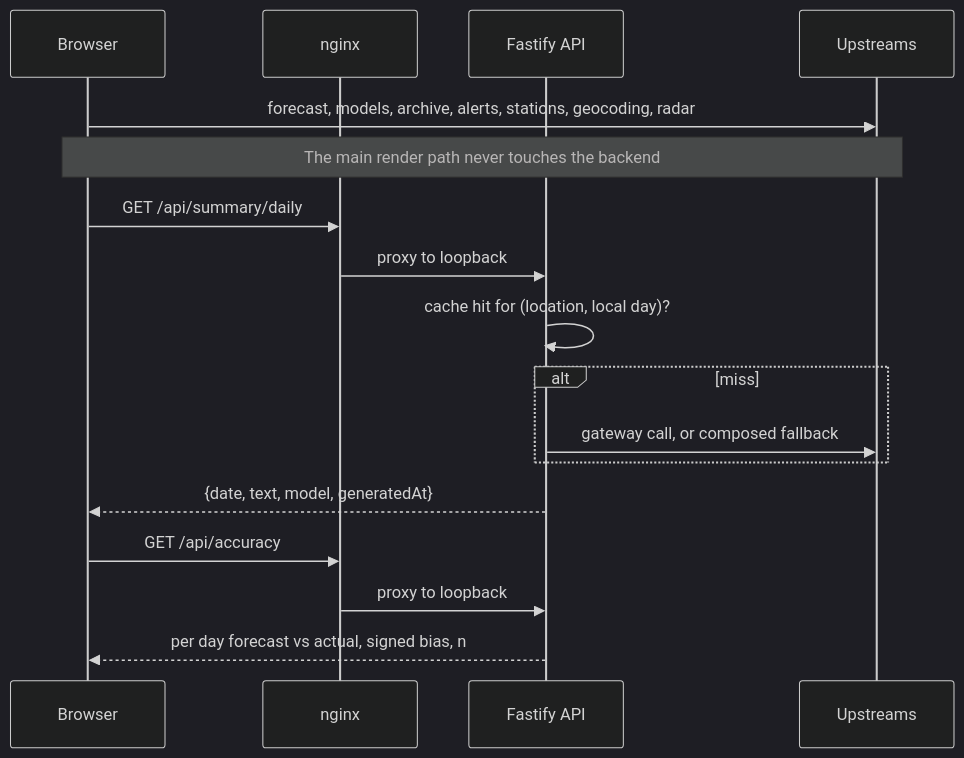
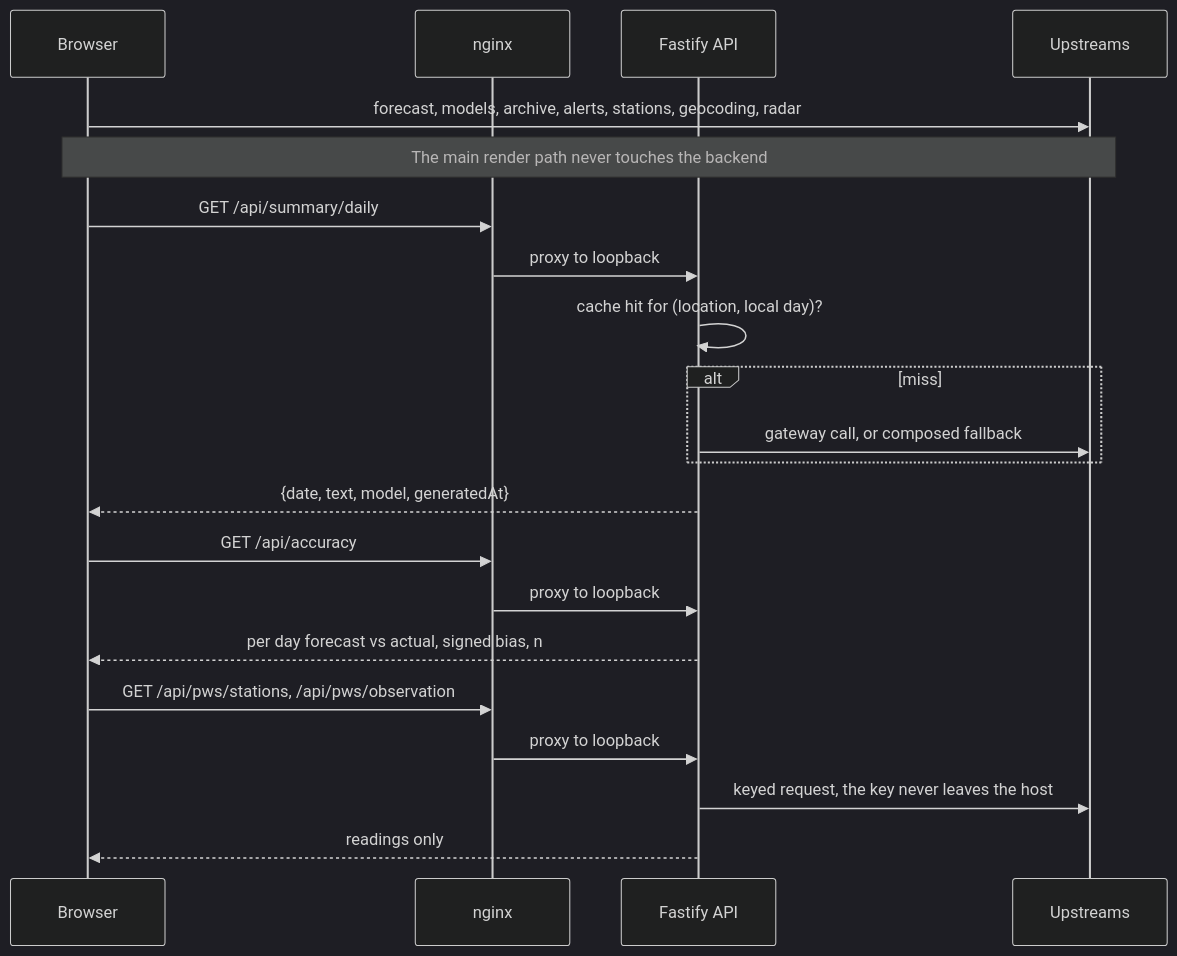
The diagram in docs/architecture.md (pete-builds/dewfront-showcase), drawn with Mermaid (dark theme) before and after one commit. The commit also changed other lines of this file and 10 other files, not shown here.

````diff
--- a/docs/architecture.md
+++ b/docs/architecture.md
@@ -20,22 +23,27 @@
 ```mermaid
 sequenceDiagram
     participant B as Browser
     participant N as nginx
     participant A as Fastify API
     participant U as Upstreams
 
     B->>U: forecast, models, archive, alerts, stations, geocoding, radar
     Note over B,U: The main render path never touches the backend
 
     B->>N: GET /api/summary/daily
     N->>A: proxy to loopback
     A->>A: cache hit for (location, local day)?
     alt miss
         A->>U: gateway call, or composed fallback
     end
     A-->>B: {date, text, model, generatedAt}
 
     B->>N: GET /api/accuracy
     N->>A: proxy to loopback
     A-->>B: per day forecast vs actual, signed bias, n
+
+    B->>N: GET /api/pws/stations, /api/pws/observation
+    N->>A: proxy to loopback
+    A->>U: keyed request, the key never leaves the host
+    A-->>B: readings only
 ```
````
